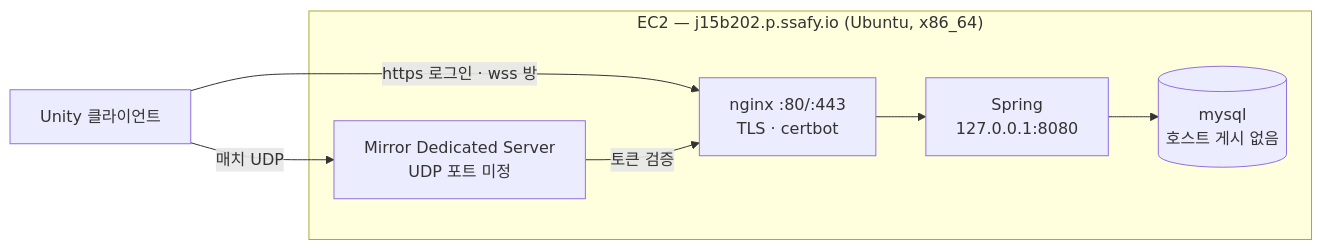
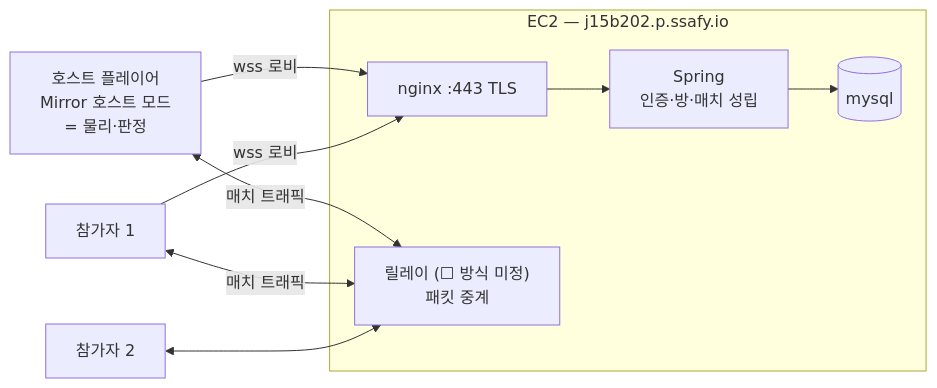
The second of 2 diagrams in docs/records/S15P21B202-145-sync-design.md (KimJuseong123/Not-This-Planet), drawn with Mermaid before and after one commit. The commit also changed other lines of this file, not shown here.

Commit message:
[Network] docs: 동기화 구조를 호스트 권위 + 서버 경유로 정정 (S15P21B202-239)

````diff
--- a/docs/records/S15P21B202-145-sync-design.md
+++ b/docs/records/S15P21B202-145-sync-design.md
@@ -137,11 +179,13 @@
 ```mermaid
 flowchart LR
-    subgraph ec2["EC2 — j15b202.p.ssafy.io (Ubuntu, x86_64)"]
-        N[nginx :80/:443<br/>TLS · certbot] --> S[Spring<br/>127.0.0.1:8080]
-        S --> D[(mysql<br/>호스트 게시 없음)]
-        G[Mirror Dedicated Server<br/>UDP 포트 미정]
+    subgraph ec2["EC2 — j15b202.p.ssafy.io"]
+        N[nginx :443 TLS] --> S[Spring<br/>인증·방·매치 성립]
+        S --> D[(mysql)]
+        R["릴레이 (☐ 방식 미정)<br/>패킷 중계"]
     end
-    U[Unity 클라이언트] -->|https 로그인 · wss 방| N
-    U -->|매치 UDP| G
-    G -->|토큰 검증| N
+    H["호스트 플레이어<br/>Mirror 호스트 모드<br/>= 물리·판정"] -->|wss 로비| N
+    H <-->|매치 트래픽| R
+    C1[참가자 1] -->|wss 로비| N
+    C1 <-->|매치 트래픽| R
+    C2[참가자 2] <--> R
 ```
````
